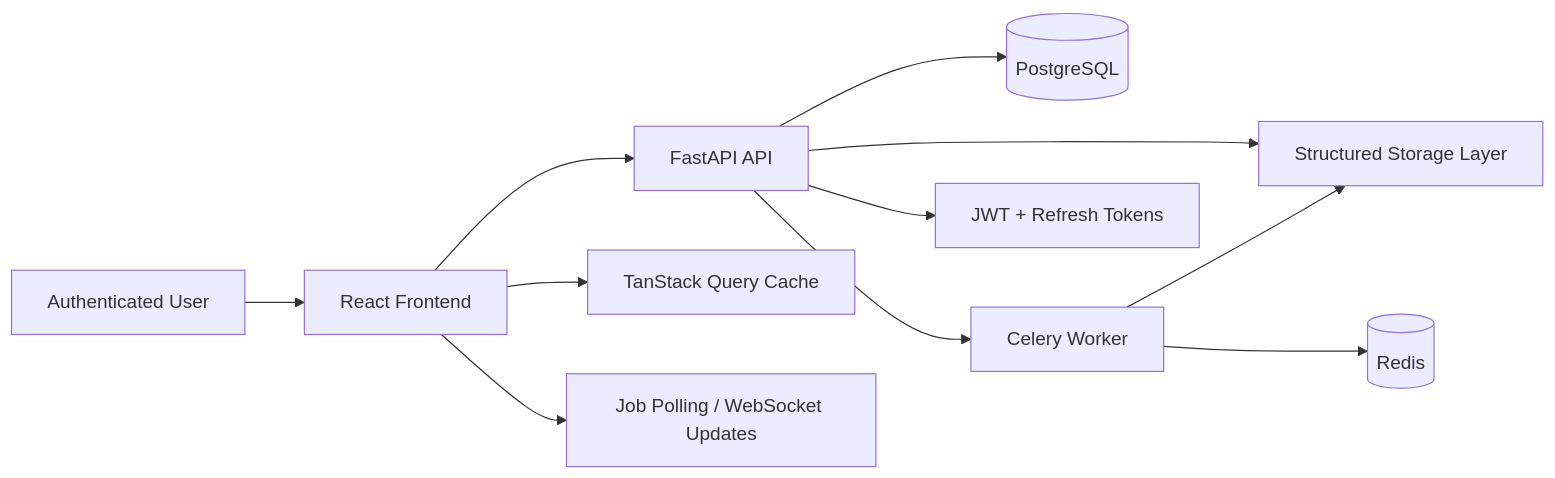
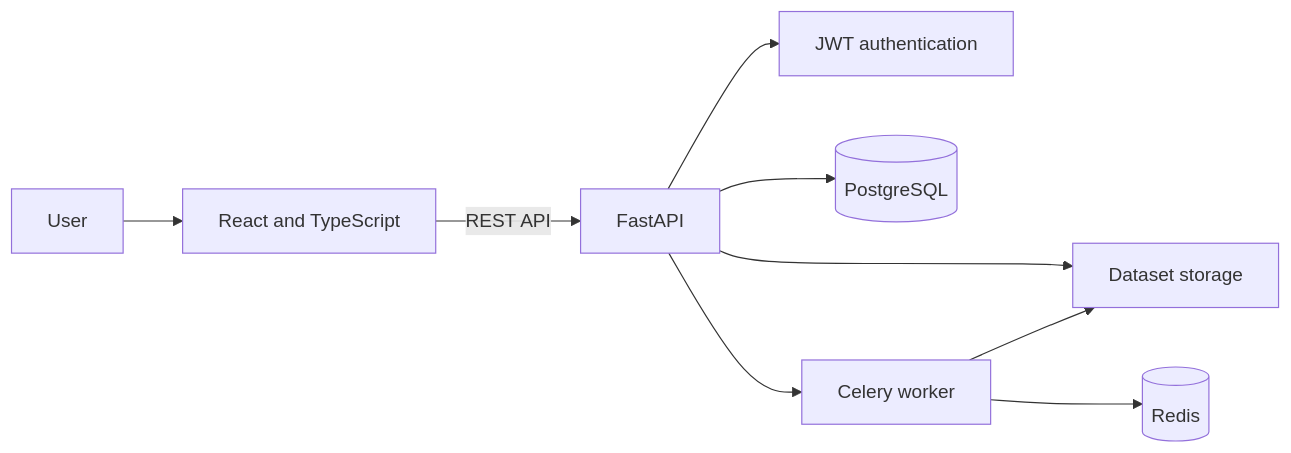
Before and after one commit to TshikhovhokhovhoPhathutshedzo/MavuFlow-Data-Engineering: the first of 2 diagrams in README.md, drawn with Mermaid. The commit also changed other lines of this file, not shown here.

````diff
--- a/README.md
+++ b/README.md
@@ -18,13 +38,11 @@
 ```mermaid
 flowchart LR
-    User[Authenticated User] --> FE[React Frontend]
-    FE --> API[FastAPI API]
-    API --> DB[(PostgreSQL)]
-    API --> Storage[Structured Storage Layer]
-    API --> Celery[Celery Worker]
-    Celery --> Redis[(Redis)]
-    Celery --> Storage
-    API --> Auth[JWT + Refresh Tokens]
-    FE --> Q[TanStack Query Cache]
-    FE --> WS[Job Polling / WebSocket Updates]
+        Person[User] --> Web[React and TypeScript]
+        Web -->|REST API| API[FastAPI]
+        API --> Auth[JWT authentication]
+        API --> DB[(PostgreSQL)]
+        API --> Files[Dataset storage]
+        API --> Worker[Celery worker]
+        Worker --> Redis[(Redis)]
+        Worker --> Files
 ```
````
